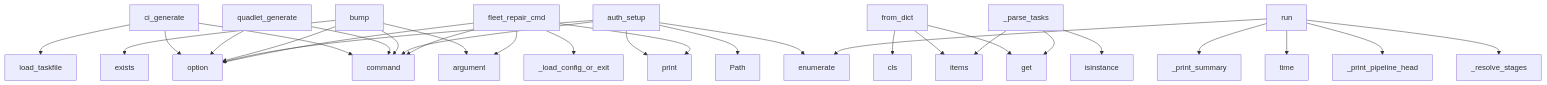
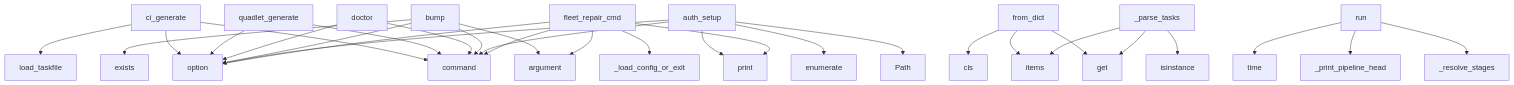
Before and after one commit to pyfunc/taskfile: the diagram in project/context.md, drawn with Mermaid. The commit also changed other lines of this file and 37 other files, not shown here.

````diff
--- a/project/context.md
+++ b/project/context.md
@@ -706,33 +708,33 @@
 ```mermaid
 graph TD
     ci_generate --> command
     ci_generate --> option
     ci_generate --> load_taskfile
     quadlet_generate --> command
     quadlet_generate --> option
+    doctor --> command
+    doctor --> option
     from_dict --> get
     from_dict --> cls
     from_dict --> items
     bump --> command
     bump --> argument
     bump --> option
     bump --> exists
     _parse_tasks --> items
     _parse_tasks --> isinstance
     _parse_tasks --> get
     auth_setup --> command
     auth_setup --> option
     auth_setup --> print
     auth_setup --> Path
     auth_setup --> enumerate
     fleet_repair_cmd --> command
     fleet_repair_cmd --> argument
     fleet_repair_cmd --> option
     fleet_repair_cmd --> _load_config_or_exit
     fleet_repair_cmd --> print
     run --> _resolve_stages
     run --> _print_pipeline_head
     run --> time
-    run --> enumerate
-    run --> _print_summary
 ```
````
